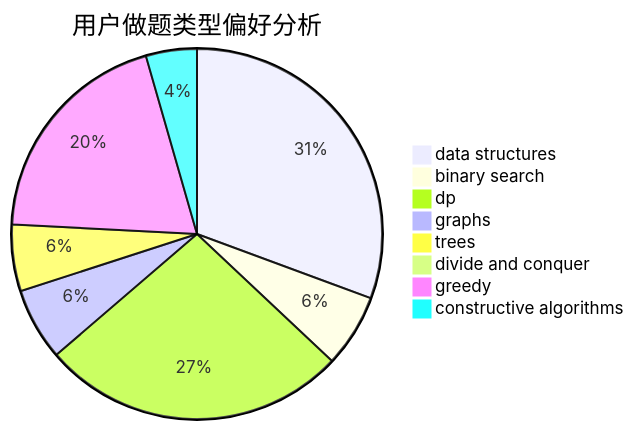
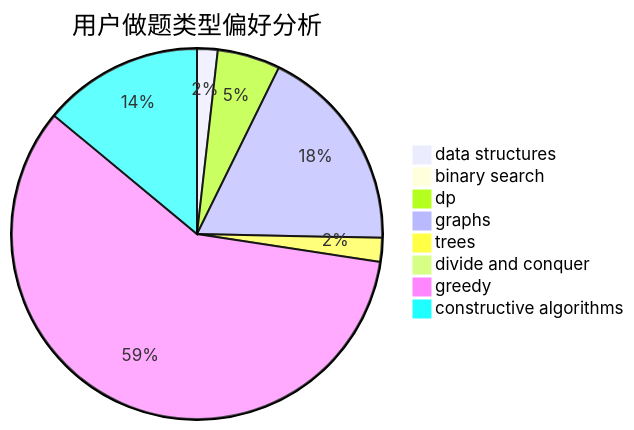
The second of 3 diagrams in docs/user/u666.md (sherpahu/cfrs.github.io), drawn with Mermaid before and after one commit. The commit also changed other lines of this file and 2770 other files, not shown here.

````diff
--- a/docs/user/u666.md
+++ b/docs/user/u666.md
@@ -23,11 +23,11 @@
 ```mermaid
 pie title 用户做题类型偏好分析
-    "data structures" :  427
-    "binary search" :  89
-    "dp" :  372
-    "graphs" :  88
-    "trees" :  81
-    "divide and conquer" :  1
-    "greedy" :  275
-    "constructive algorithms" :  62
+    "data structures" :  19
+    "binary search" :  0
+    "dp" :  58
+    "graphs" :  191
+    "trees" :  22
+    "divide and conquer" :  0
+    "greedy" :  620
+    "constructive algorithms" :  148
 ```
````
